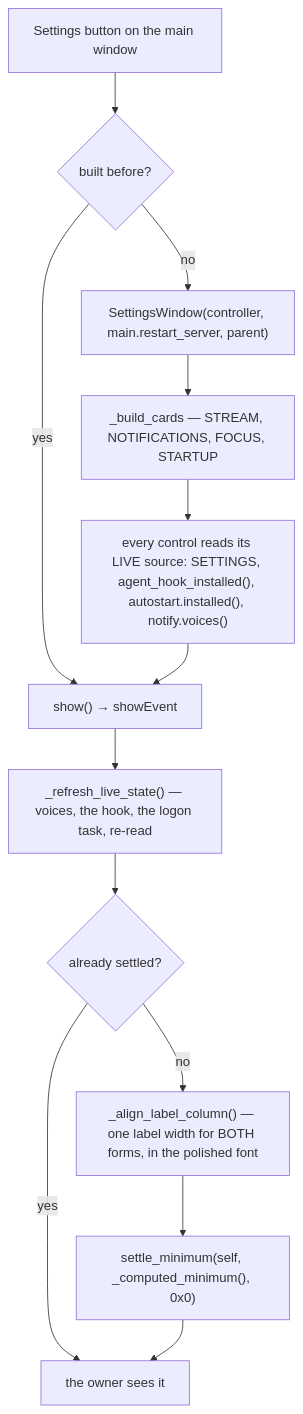
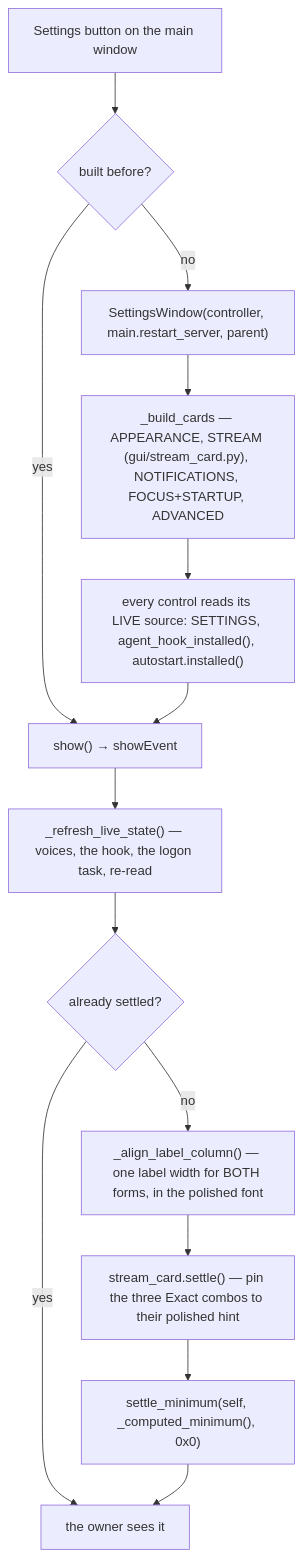
One commit to UVuruna/Remote-User changed the first of 3 diagrams in server/gui/__flow/settings_window.md. Above: the diagram before and after it, drawn with Mermaid. The commit also changed other lines of this file and 17 other files, not shown here.

````diff
--- a/server/gui/__flow/settings_window.md
+++ b/server/gui/__flow/settings_window.md
@@ -7,15 +7,16 @@
 ```mermaid
 flowchart TB
     A["Settings button on the main window"] --> B{"built before?"}
     B -- no --> C["SettingsWindow(controller, main.restart_server, parent)"]
-    C --> D["_build_cards — STREAM, NOTIFICATIONS, FOCUS, STARTUP"]
-    D --> E["every control reads its LIVE source: SETTINGS, agent_hook_installed(), autostart.installed(), notify.voices()"]
+    C --> D["_build_cards — APPEARANCE, STREAM (gui/stream_card.py), NOTIFICATIONS, FOCUS+STARTUP, ADVANCED"]
+    D --> E["every control reads its LIVE source: SETTINGS, agent_hook_installed(), autostart.installed()"]
     B -- yes --> F
     E --> F["show() → showEvent"]
     F --> G["_refresh_live_state() — voices, the hook, the logon task, re-read"]
     G --> H{"already settled?"}
     H -- yes --> K
     H -- no --> I["_align_label_column() — one label width for BOTH forms, in the polished font"]
-    I --> J["settle_minimum(self, _computed_minimum(), 0x0)"]
+    I --> I2["stream_card.settle() — pin the three Exact combos to their polished hint"]
+    I2 --> J["settle_minimum(self, _computed_minimum(), 0x0)"]
     J --> K["the owner sees it"]
 ```
````
